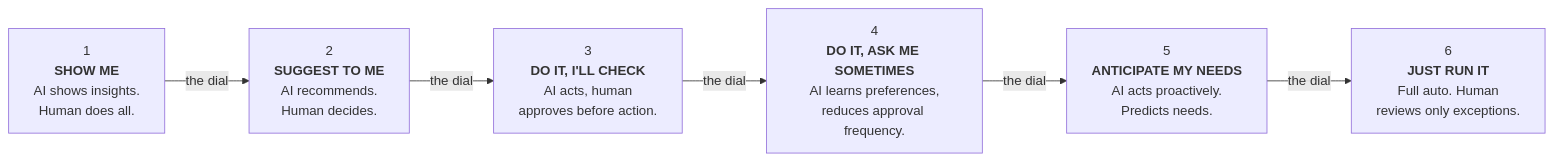
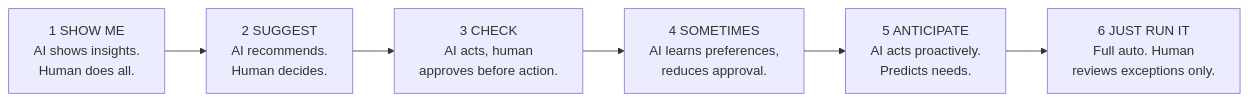
The first of 2 diagrams in _posts/2026-04-01-the-dial-not-the-switch.md (Bodaty/aictrlnet.com), drawn with Mermaid before and after one commit. The commit also changed 2 other files, not shown here.

Commit message:
fix: clean Mermaid syntax - remove HTML bold tags, slash in labels, subgraph link

```diff
--- a/_posts/2026-04-01-the-dial-not-the-switch.md
+++ b/_posts/2026-04-01-the-dial-not-the-switch.md
@@ -50,10 +50,10 @@
 <div class="mermaid">
 graph LR
-    P1["1<br/><b>SHOW ME</b><br/>AI shows insights.<br/>Human does all."]
-    P2["2<br/><b>SUGGEST TO ME</b><br/>AI recommends.<br/>Human decides."]
-    P3["3<br/><b>DO IT, I'LL CHECK</b><br/>AI acts, human<br/>approves before action."]
-    P4["4<br/><b>DO IT, ASK ME SOMETIMES</b><br/>AI learns preferences,<br/>reduces approval frequency."]
-    P5["5<br/><b>ANTICIPATE MY NEEDS</b><br/>AI acts proactively.<br/>Predicts needs."]
-    P6["6<br/><b>JUST RUN IT</b><br/>Full auto. Human<br/>reviews only exceptions."]
-    P1 -->|"the dial"| P2 -->|"the dial"| P3 -->|"the dial"| P4 -->|"the dial"| P5 -->|"the dial"| P6
+    P1["1 SHOW ME<br/>AI shows insights.<br/>Human does all."]
+    P2["2 SUGGEST<br/>AI recommends.<br/>Human decides."]
+    P3["3 CHECK<br/>AI acts, human<br/>approves before action."]
+    P4["4 SOMETIMES<br/>AI learns preferences,<br/>reduces approval."]
+    P5["5 ANTICIPATE<br/>AI acts proactively.<br/>Predicts needs."]
+    P6["6 JUST RUN IT<br/>Full auto. Human<br/>reviews exceptions only."]
+    P1 --> P2 --> P3 --> P4 --> P5 --> P6
 </div>
```
